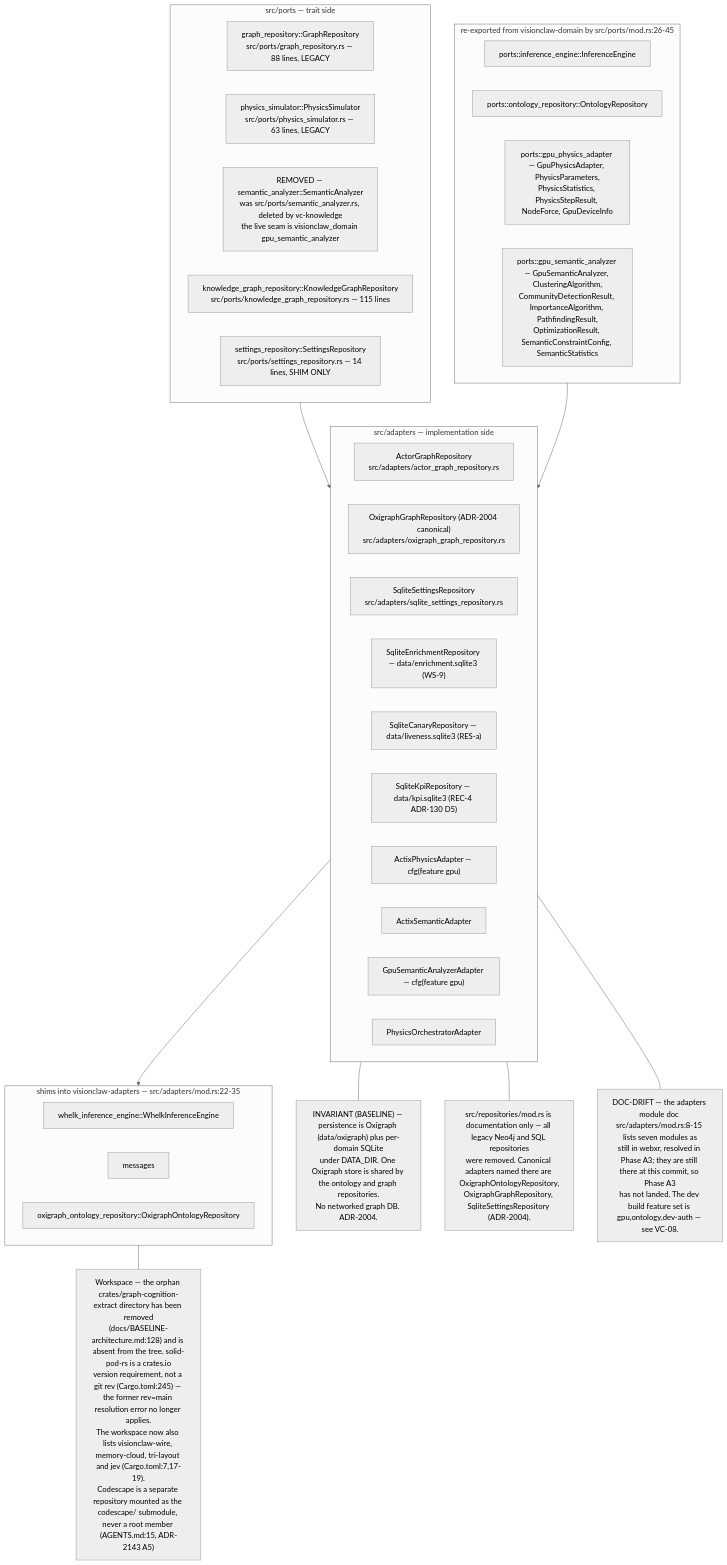
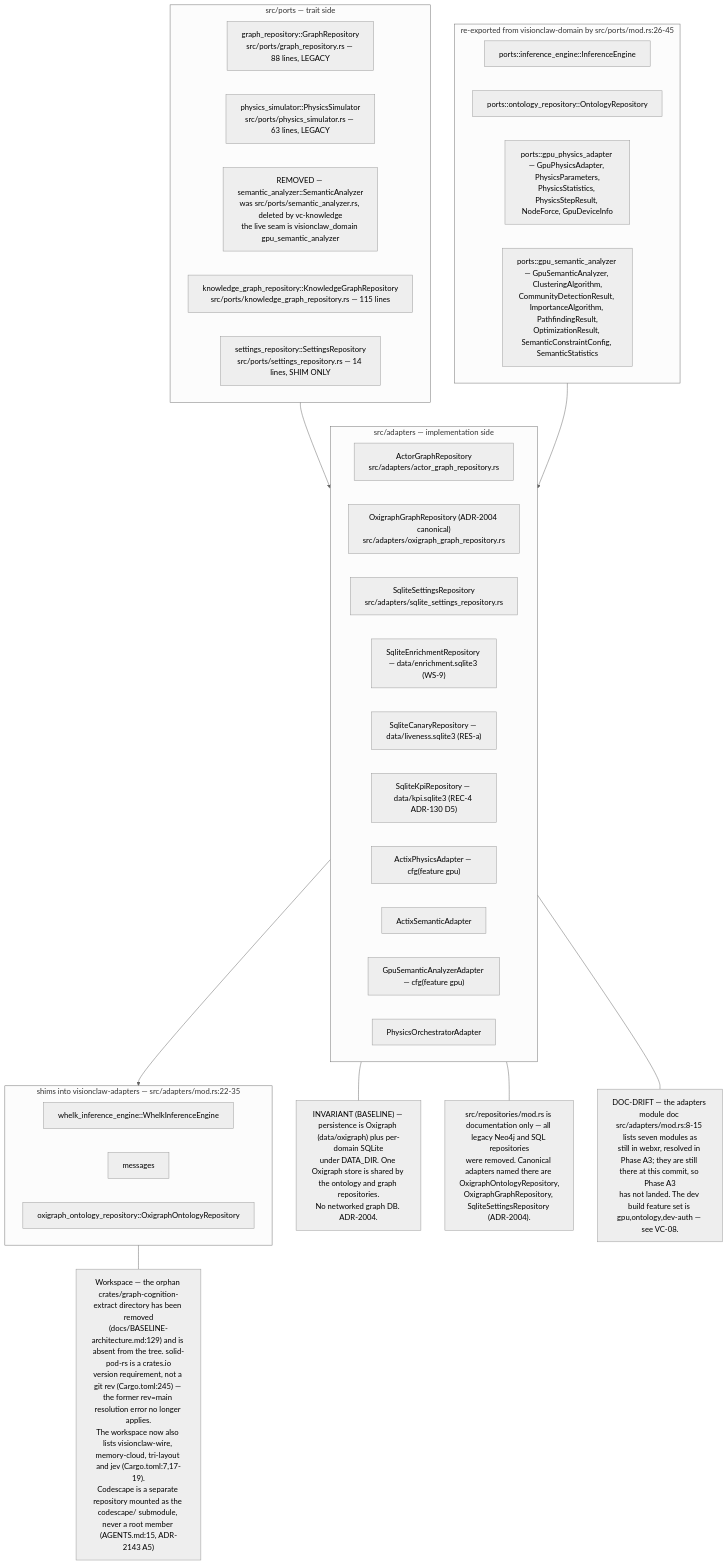
One commit to DreamLab-AI/VisionFlow changed the first of 9 diagrams in docs/diagrams/visionclaw/07-hexagonal-ports-and-crates.md. Above: the diagram before and after it, drawn with Mermaid (neutral theme). The commit also changed other lines of this file and 151 other files, not shown here.

````diff
--- a/docs/diagrams/visionclaw/07-hexagonal-ports-and-crates.md
+++ b/docs/diagrams/visionclaw/07-hexagonal-ports-and-crates.md
@@ -67,44 +67,44 @@
 ```mermaid
 flowchart TB
     subgraph PORTS["src/ports — trait side"]
         P1["graph_repository::GraphRepository<br/>src/ports/graph_repository.rs — 88 lines, LEGACY"]
         P2["physics_simulator::PhysicsSimulator<br/>src/ports/physics_simulator.rs — 63 lines, LEGACY"]
         P3["REMOVED — semantic_analyzer::SemanticAnalyzer<br/>was src/ports/semantic_analyzer.rs, deleted by vc-knowledge<br/>the live seam is visionclaw_domain gpu_semantic_analyzer"]
         P4["knowledge_graph_repository::KnowledgeGraphRepository<br/>src/ports/knowledge_graph_repository.rs — 115 lines"]
         P5["settings_repository::SettingsRepository<br/>src/ports/settings_repository.rs — 14 lines, SHIM ONLY"]
     end
     subgraph SHIM["re-exported from visionclaw-domain by src/ports/mod.rs:26-45"]
         S1["ports::inference_engine::InferenceEngine"]
         S2["ports::ontology_repository::OntologyRepository"]
         S3["ports::gpu_physics_adapter — GpuPhysicsAdapter, PhysicsParameters,<br/>PhysicsStatistics, PhysicsStepResult, NodeForce, GpuDeviceInfo"]
         S4["ports::gpu_semantic_analyzer — GpuSemanticAnalyzer, ClusteringAlgorithm,<br/>CommunityDetectionResult, ImportanceAlgorithm, PathfindingResult,<br/>OptimizationResult, SemanticConstraintConfig, SemanticStatistics"]
     end
     subgraph ADAPT["src/adapters — implementation side"]
         A1["ActorGraphRepository<br/>src/adapters/actor_graph_repository.rs"]
         A2["OxigraphGraphRepository (ADR-2004 canonical)<br/>src/adapters/oxigraph_graph_repository.rs"]
         A3["SqliteSettingsRepository<br/>src/adapters/sqlite_settings_repository.rs"]
         A4["SqliteEnrichmentRepository — data/enrichment.sqlite3 (WS-9)"]
         A5["SqliteCanaryRepository — data/liveness.sqlite3 (RES-a)"]
         A6["SqliteKpiRepository — data/kpi.sqlite3 (REC-4 ADR-130 D5)"]
         A7["ActixPhysicsAdapter — cfg(feature gpu)"]
         A8["ActixSemanticAdapter"]
         A9["GpuSemanticAnalyzerAdapter — cfg(feature gpu)"]
         A10["PhysicsOrchestratorAdapter"]
     end
     subgraph XCRATE["shims into visionclaw-adapters — src/adapters/mod.rs:22-35"]
         X1["whelk_inference_engine::WhelkInferenceEngine"]
         X2["messages"]
         X3["oxigraph_ontology_repository::OxigraphOntologyRepository"]
     end
     PORTS --> ADAPT
     SHIM --> ADAPT
     ADAPT --> XCRATE
     N1["INVARIANT (BASELINE) — persistence is Oxigraph (data/oxigraph) plus per-domain SQLite<br/>under DATA_DIR. One Oxigraph store is shared by the ontology and graph repositories.<br/>No networked graph DB. ADR-2004."]
     ADAPT --- N1
     N2["src/repositories/mod.rs is documentation only — all legacy Neo4j and SQL repositories<br/>were removed. Canonical adapters named there are OxigraphOntologyRepository,<br/>OxigraphGraphRepository, SqliteSettingsRepository (ADR-2004)."]
     ADAPT --- N2
-    N3["Workspace — the orphan crates/graph-cognition-extract directory has been removed<br/>(docs/BASELINE-architecture.md:128) and is absent from the tree. solid-pod-rs is a crates.io<br/>version requirement, not a git rev (Cargo.toml:245) — the former rev=main resolution error no longer applies.<br/>The workspace now also lists visionclaw-wire, memory-cloud, tri-layout and jev (Cargo.toml:7,17-19).<br/>Codescape is a separate repository mounted as the codescape/ submodule, never a root member (AGENTS.md:15, ADR-2143 A5)"]
+    N3["Workspace — the orphan crates/graph-cognition-extract directory has been removed<br/>(docs/BASELINE-architecture.md:129) and is absent from the tree. solid-pod-rs is a crates.io<br/>version requirement, not a git rev (Cargo.toml:245) — the former rev=main resolution error no longer applies.<br/>The workspace now also lists visionclaw-wire, memory-cloud, tri-layout and jev (Cargo.toml:7,17-19).<br/>Codescape is a separate repository mounted as the codescape/ submodule, never a root member (AGENTS.md:15, ADR-2143 A5)"]
     XCRATE --- N3
     N4["DOC-DRIFT — the adapters module doc src/adapters/mod.rs:8-15 lists seven modules as<br/>still in webxr, resolved in Phase A3; they are still there at this commit, so Phase A3<br/>has not landed. The dev build feature set is gpu,ontology,dev-auth — see VC-08."]
     ADAPT --- N4
 ```
````
